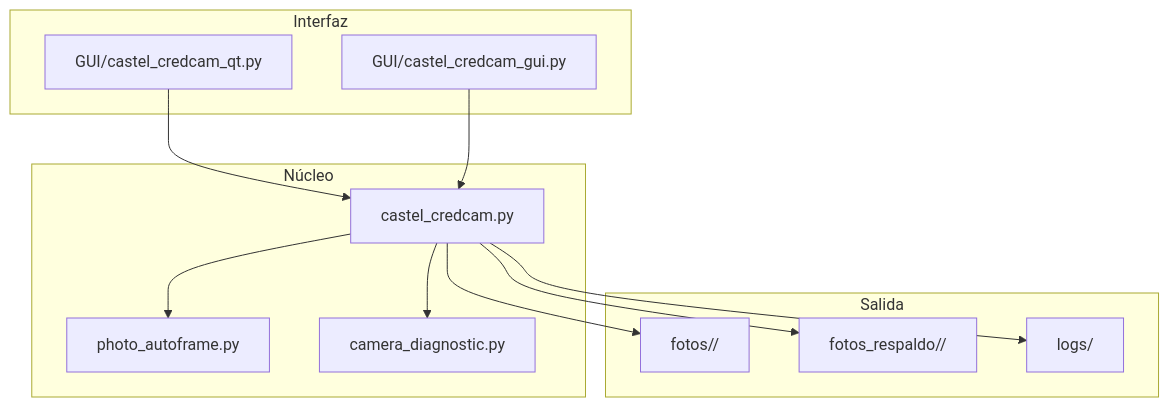
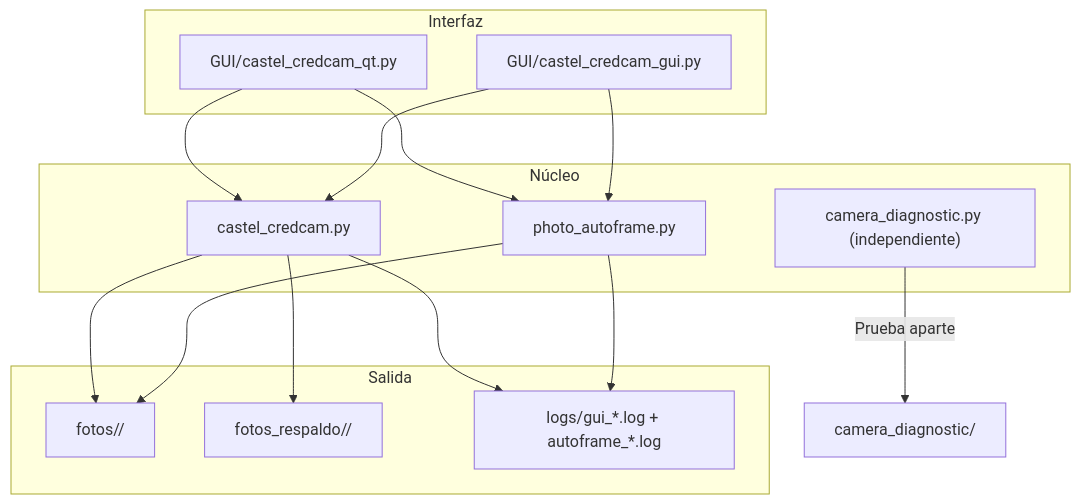
One commit to JackStar6677-1/castel-credcam changed the second of 3 diagrams in README.md. Above: the diagram before and after it, drawn with Mermaid. The commit also changed other lines of this file and 7 other files, not shown here.

````diff
--- a/README.md
+++ b/README.md
@@ -36,27 +38,30 @@
 ```mermaid
 flowchart TB
     subgraph UI["Interfaz"]
         QT["GUI/castel_credcam_qt.py"]
         TK["GUI/castel_credcam_gui.py"]
     end
 
     subgraph Core["Núcleo"]
         CORE["castel_credcam.py"]
         AUTO["photo_autoframe.py"]
-        DIAG["camera_diagnostic.py"]
+        DIAG["camera_diagnostic.py (independiente)"]
     end
 
     subgraph Data["Salida"]
         PHOTOS["fotos/<curso>/"]
         BACKUP["fotos_respaldo/<curso>/"]
-        LOGS["logs/"]
+        LOGS["logs/gui_*.log + autoframe_*.log"]
     end
 
     QT --> CORE
     TK --> CORE
-    CORE --> AUTO
-    CORE --> DIAG
+    QT --> AUTO
+    TK --> AUTO
     CORE --> PHOTOS
     CORE --> BACKUP
     CORE --> LOGS
+    AUTO --> PHOTOS
+    AUTO --> LOGS
+    DIAG -->|"Prueba aparte"| CAM["camera_diagnostic/"]
 ```
````
